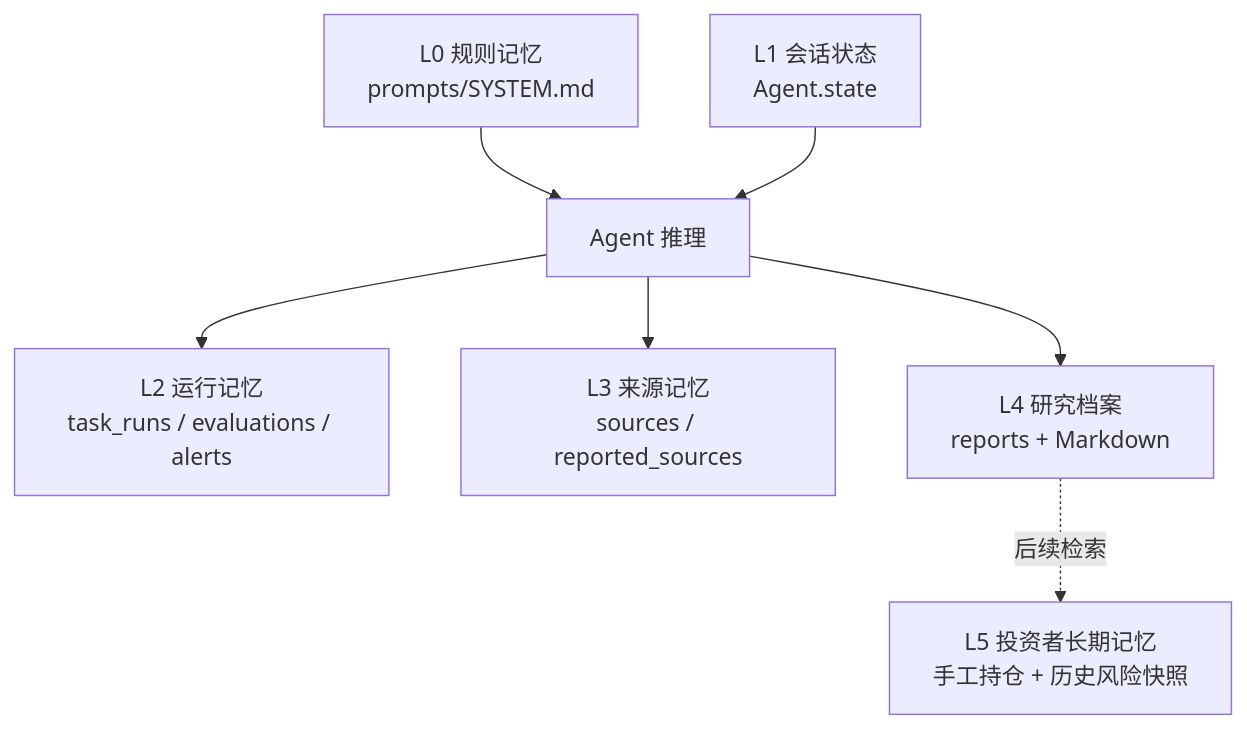
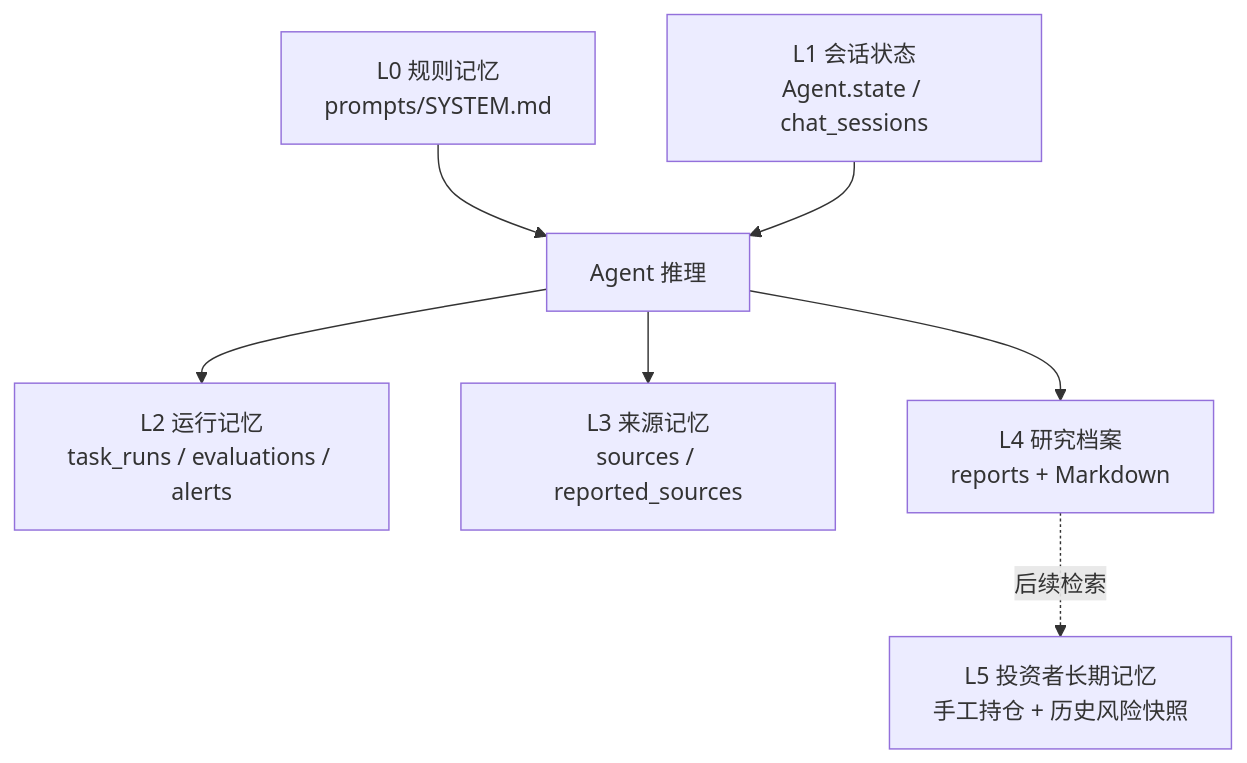
The fifth of 6 diagrams in docs/ARCHITECTURE.md (fishisnow/livermore), drawn with Mermaid before and after one commit. The commit also changed other lines of this file and 75 other files, not shown here.

````diff
--- a/docs/ARCHITECTURE.md
+++ b/docs/ARCHITECTURE.md
@@ -128,15 +147,15 @@
 ```mermaid
 flowchart TB
     L0["L0 规则记忆\nprompts/SYSTEM.md"]
-    L1["L1 会话状态\nAgent.state"]
+    L1["L1 会话状态\nAgent.state / chat_sessions"]
     L2["L2 运行记忆\ntask_runs / evaluations / alerts"]
     L3["L3 来源记忆\nsources / reported_sources"]
     L4["L4 研究档案\nreports + Markdown"]
     L5["L5 投资者长期记忆\n手工持仓 + 历史风险快照"]
     L0 --> Agent["Agent 推理"]
     L1 --> Agent
     Agent --> L2
     Agent --> L3
     Agent --> L4
     L4 -. 后续检索 .-> L5
 ```
````
